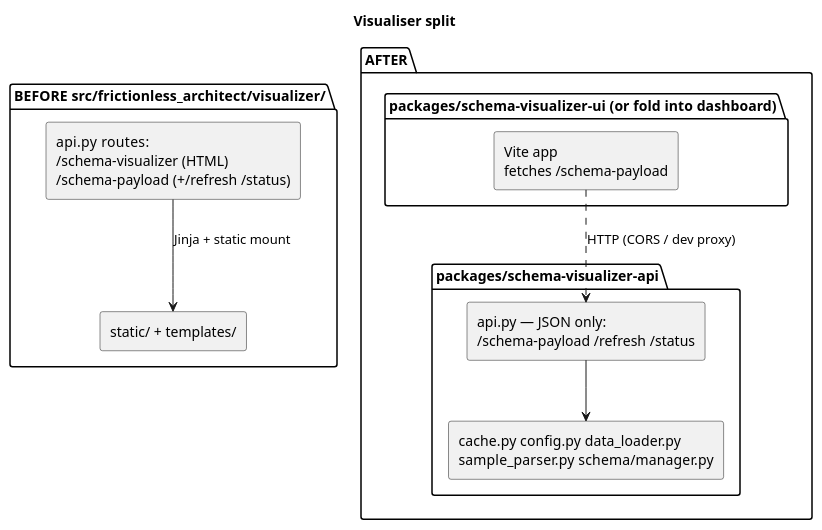
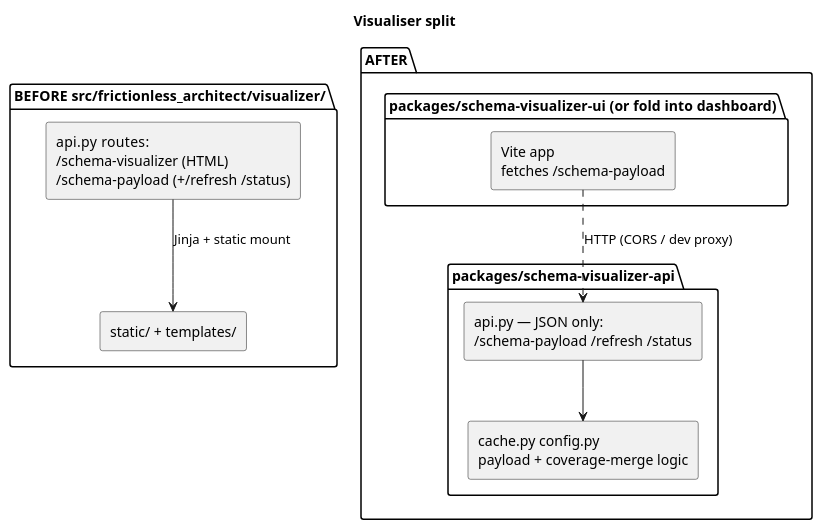
The fourth of 4 diagrams in ARCHITECTURE.md (wolffy-au/frictionless-architect), drawn with PlantUML before and after one commit. The commit also changed other lines of this file and 1 other file, not shown here.

First line of the commit message:
docs(adr): amend ADR-0005 — defer schema/manager.py to knowledge-graph

````diff
--- a/ARCHITECTURE.md
+++ b/ARCHITECTURE.md
@@ -292,24 +292,24 @@
 ```plantuml
 @startuml
 title Visualiser split
 skinparam componentStyle rectangle
 
 package "BEFORE  src/frictionless_architect/visualizer/" {
   [api.py  routes:\n/schema-visualizer (HTML)\n/schema-payload (+/refresh /status)] as before_api
   [static/ + templates/] as before_ui
   before_api --> before_ui : Jinja + static mount
 }
 
 package "AFTER" {
   package "packages/schema-visualizer-api" {
     [api.py — JSON only:\n/schema-payload /refresh /status] as after_api
-    [cache.py config.py data_loader.py\nsample_parser.py schema/manager.py] as after_lib
+    [cache.py config.py\npayload + coverage-merge logic] as after_lib
     after_api --> after_lib
   }
   package "packages/schema-visualizer-ui  (or fold into dashboard)" {
     [Vite app\nfetches /schema-payload] as after_ui
   }
   after_ui ..> after_api : HTTP (CORS / dev proxy)
 }
 @enduml
 ```
````
